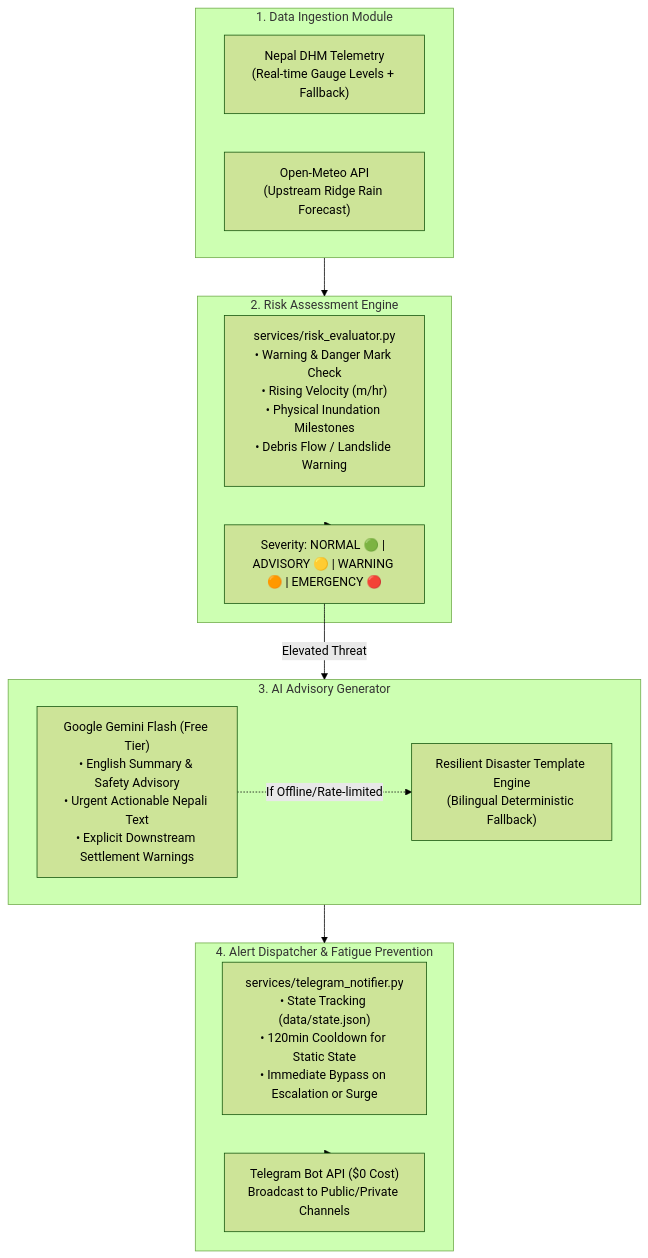
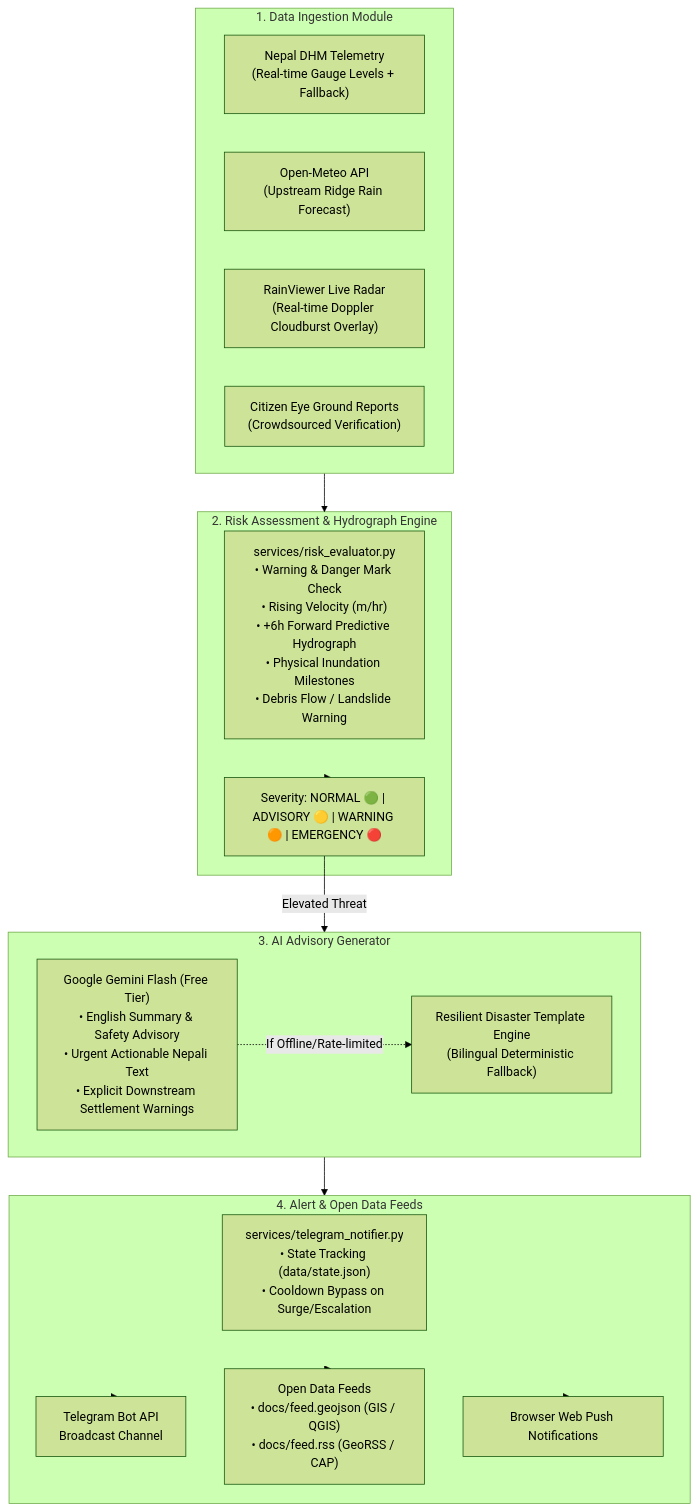
Before and after one commit to shadowmonarchftw-star/NpFloodBot: the diagram in README.md, drawn with Mermaid (forest theme). The commit also changed other lines of this file and 32 other files, not shown here.

Commit message:
feat(sota): implement weather radar, +6h hydrograph forecasting, citizen ground reporting, open feeds & push notifications

````diff
--- a/README.md
+++ b/README.md
@@ -32,29 +34,35 @@
 ```mermaid
 flowchart TD
     subgraph Ingestion ["1. Data Ingestion Module"]
         DHM["Nepal DHM Telemetry<br/>(Real-time Gauge Levels + Fallback)"]
         OM["Open-Meteo API<br/>(Upstream Ridge Rain Forecast)"]
+        RADAR["RainViewer Live Radar<br/>(Real-time Doppler Cloudburst Overlay)"]
+        CITIZEN["Citizen Eye Ground Reports<br/>(Crowdsourced Verification)"]
     end
 
-    subgraph Evaluation ["2. Risk Assessment Engine"]
-        RE["services/risk_evaluator.py<br/>• Warning & Danger Mark Check<br/>• Rising Velocity (m/hr)<br/>• Physical Inundation Milestones<br/>• Debris Flow / Landslide Warning"]
+    subgraph Evaluation ["2. Risk Assessment & Hydrograph Engine"]
+        RE["services/risk_evaluator.py<br/>• Warning & Danger Mark Check<br/>• Rising Velocity (m/hr)<br/>• +6h Forward Predictive Hydrograph<br/>• Physical Inundation Milestones<br/>• Debris Flow / Landslide Warning"]
         SEV["Severity: NORMAL 🟢 | ADVISORY 🟡 | WARNING 🟠 | EMERGENCY 🔴"]
     end
 
     subgraph AI ["3. AI Advisory Generator"]
         GEMINI["Google Gemini Flash (Free Tier)<br/>• English Summary & Safety Advisory<br/>• Urgent Actionable Nepali Text<br/>• Explicit Downstream Settlement Warnings"]
         FALLBACK["Resilient Disaster Template Engine<br/>(Bilingual Deterministic Fallback)"]
     end
 
-    subgraph Dispatcher ["4. Alert Dispatcher & Fatigue Prevention"]
-        COOLDOWN["services/telegram_notifier.py<br/>• State Tracking (data/state.json)<br/>• 120min Cooldown for Static State<br/>• Immediate Bypass on Escalation or Surge"]
-        TG["Telegram Bot API ($0 Cost)<br/>Broadcast to Public/Private Channels"]
+    subgraph Dispatcher ["4. Alert & Open Data Feeds"]
+        COOLDOWN["services/telegram_notifier.py<br/>• State Tracking (data/state.json)<br/>• Cooldown Bypass on Surge/Escalation"]
+        TG["Telegram Bot API<br/>Broadcast Channel"]
+        FEEDS["Open Data Feeds<br/>• docs/feed.geojson (GIS / QGIS)<br/>• docs/feed.rss (GeoRSS / CAP)"]
+        PUSH["Browser Web Push Notifications"]
     end
 
     Ingestion --> Evaluation
     Evaluation --> SEV
     SEV -->|Elevated Threat| AI
     GEMINI -.->|If Offline/Rate-limited| FALLBACK
     AI --> Dispatcher
     Dispatcher --> TG
+    Dispatcher --> FEEDS
+    Dispatcher --> PUSH
 ```
````
